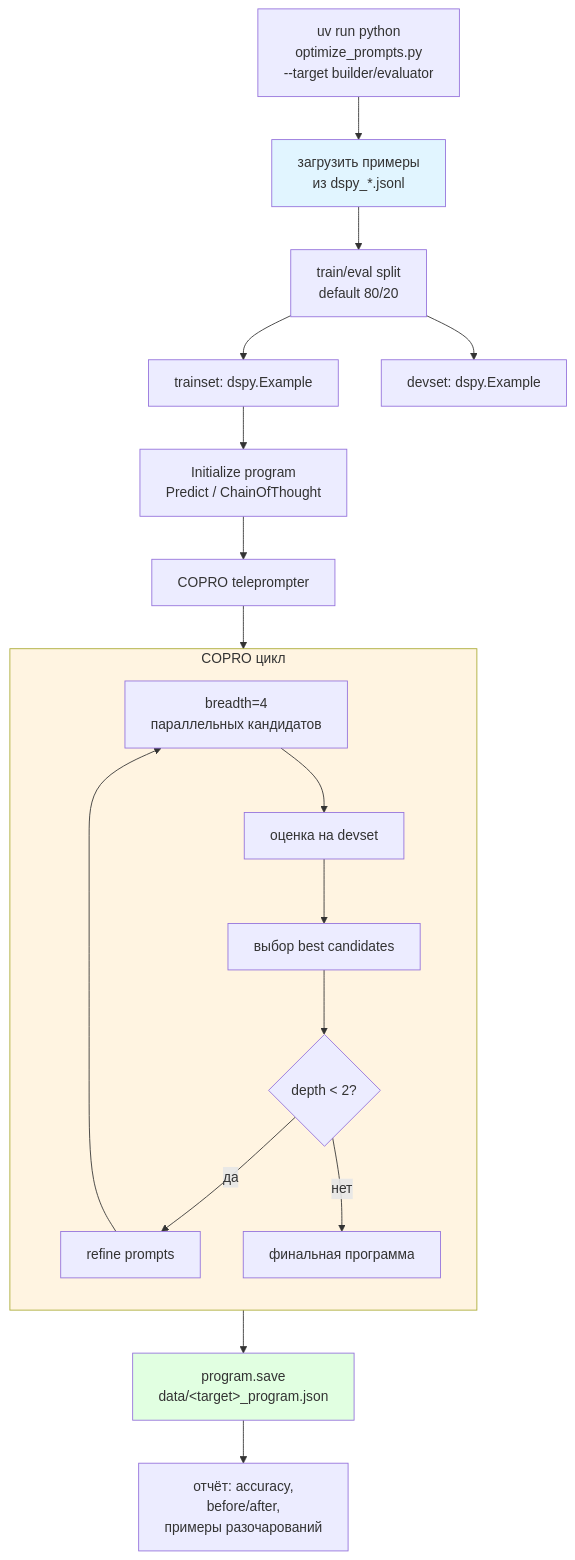
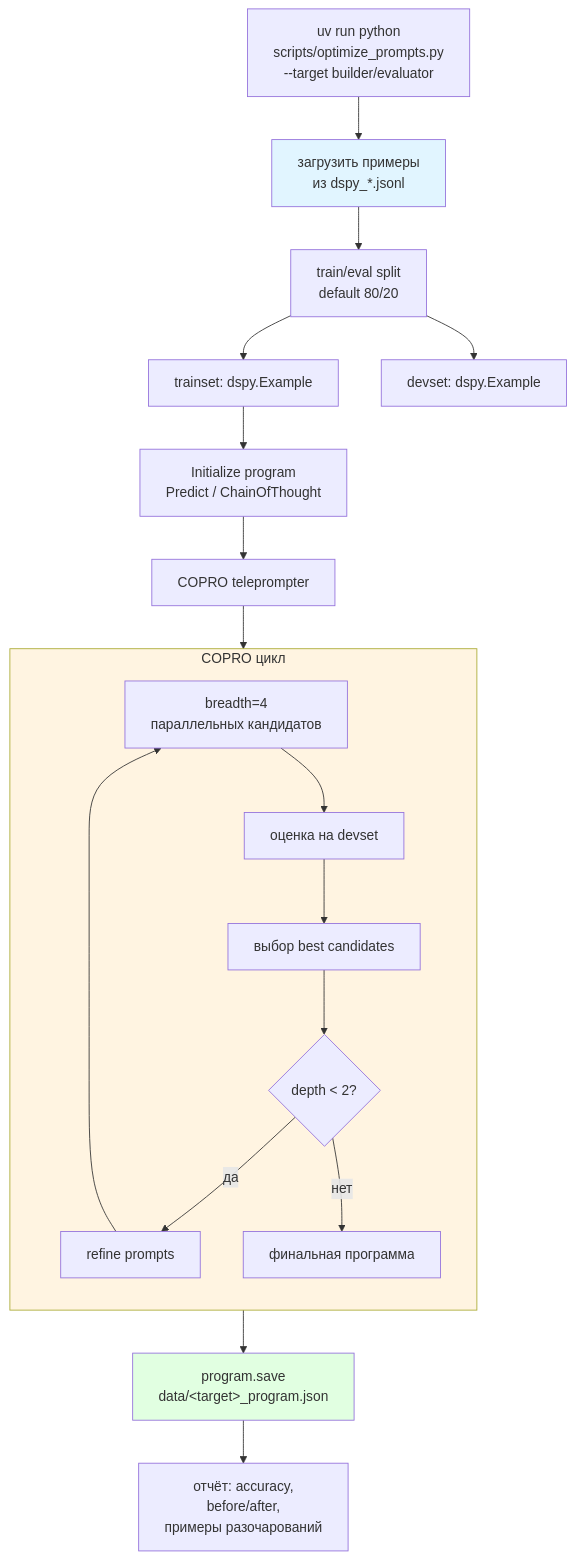
The fourth of 8 diagrams in docs/architecture/04-dspy-optimization.md (ikeniborn/pac1-tool), drawn with Mermaid before and after one commit. The commit also changed other lines of this file and 2 other files, not shown here.

Commit message:
docs(optimization): document COPRO/GEPA two-backend architecture and env vars

````diff
--- a/docs/architecture/04-dspy-optimization.md
+++ b/docs/architecture/04-dspy-optimization.md
@@ -103,30 +103,30 @@
 ```mermaid
 flowchart TB
-    Start["uv run python<br/>optimize_prompts.py<br/>--target builder/evaluator"] --> LoadEx[загрузить примеры<br/>из dspy_*.jsonl]
+    Start["uv run python<br/>scripts/optimize_prompts.py<br/>--target builder/evaluator"] --> LoadEx[загрузить примеры<br/>из dspy_*.jsonl]
 
     LoadEx --> Split[train/eval split<br/>default 80/20]
     Split --> TrainSet[trainset: dspy.Example]
     Split --> DevSet[devset: dspy.Example]
 
     TrainSet --> InitProg[Initialize program<br/>Predict / ChainOfThought]
     InitProg --> Teleprompt[COPRO teleprompter]
 
     subgraph CoproLoop[COPRO цикл]
         direction TB
         Breadth[breadth=4<br/>параллельных кандидатов] --> Eval1[оценка на devset]
         Eval1 --> Select[выбор best candidates]
         Select --> Depth{"depth &lt; 2?"}
         Depth -->|да| Refine[refine prompts]
         Refine --> Breadth
         Depth -->|нет| Done[финальная программа]
     end
 
     Teleprompt --> CoproLoop
     CoproLoop --> Save[program.save<br/>data/&lt;target&gt;_program.json]
 
     Save --> Report[отчёт: accuracy,<br/>before/after,<br/>примеры разочарований]
 
     style LoadEx fill:#e1f5ff
     style CoproLoop fill:#fff4e1
     style Save fill:#e1ffe1
 ```
````
